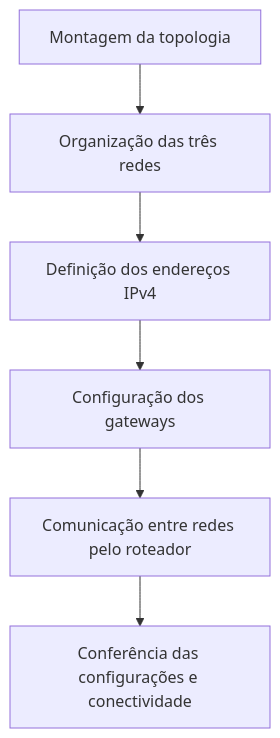
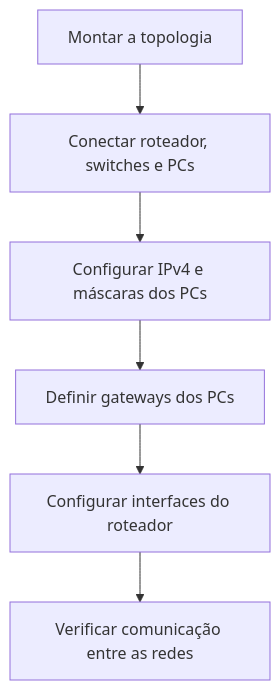
Before and after one commit to giovanna-faraujo/Cisco_Packet_Tracer-Lab-Roteamento_Inter_Redes_A_B_C: the diagram in README.md, drawn with Mermaid. The commit also changed other lines of this file, not shown here.

````diff
--- a/README.md
+++ b/README.md
@@ -79,8 +113,8 @@
 ```mermaid
 flowchart TD
-    A[Montagem da topologia] --> B[Organização das três redes]
-    B --> C[Definição dos endereços IPv4]
-    C --> D[Configuração dos gateways]
-    D --> E[Comunicação entre redes pelo roteador]
-    E --> F[Conferência das configurações e conectividade]
+    A[Montar a topologia] --> B[Conectar roteador, switches e PCs]
+    B --> C[Configurar IPv4 e máscaras dos PCs]
+    C --> D[Definir gateways dos PCs]
+    D --> E[Configurar interfaces do roteador]
+    E --> F[Verificar comunicação entre as redes]
 ```
````
